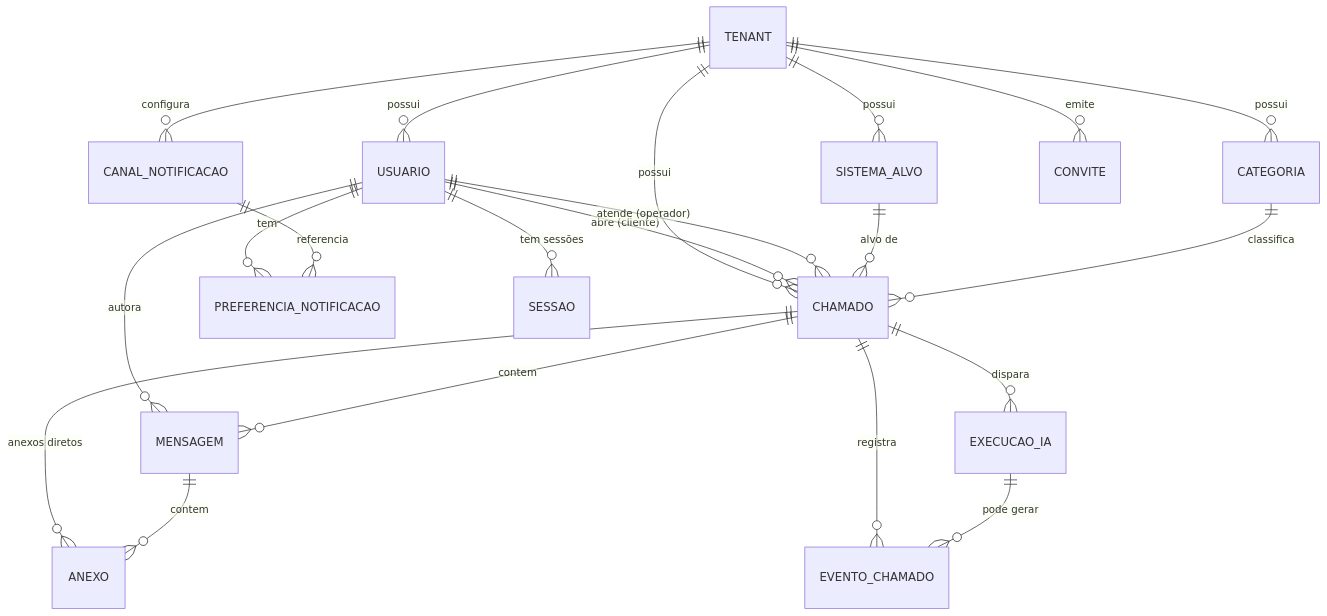
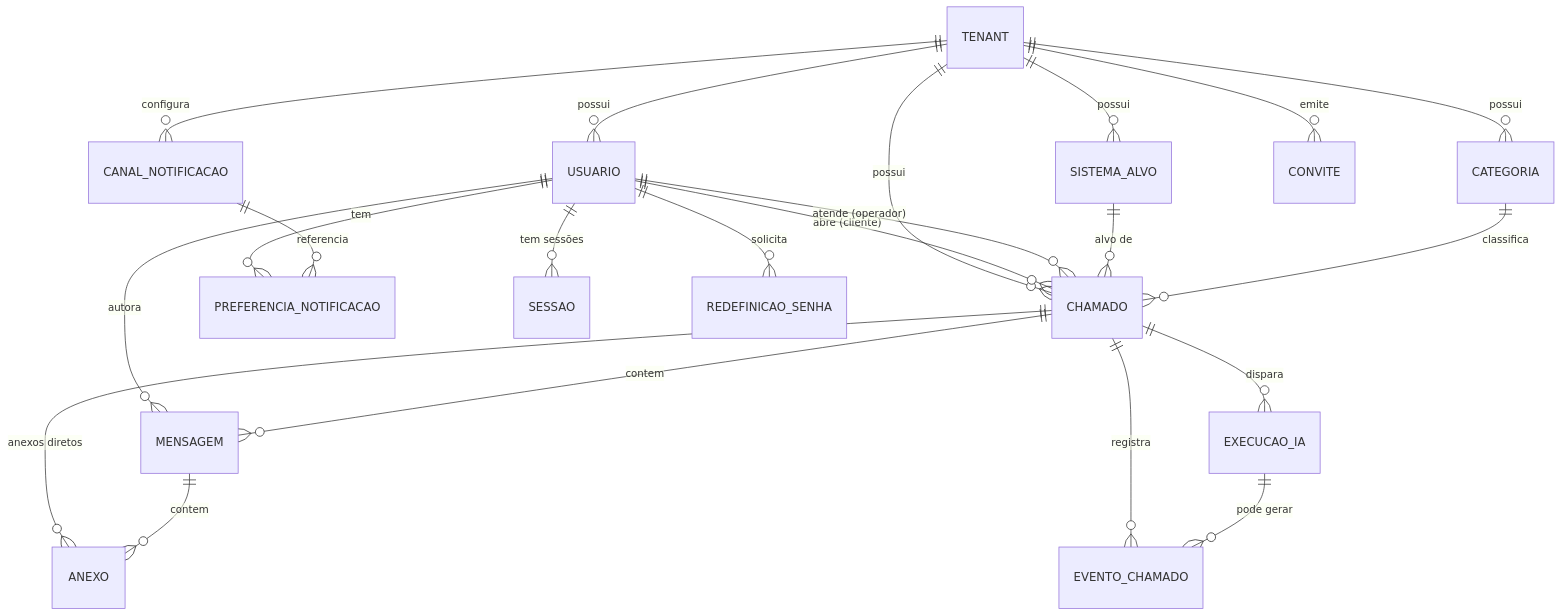
One commit to isaqueks/chamados changed the diagram in specs/02-modelo-de-dados.md. Above: the diagram before and after it, drawn with Mermaid. The commit also changed other lines of this file and 62 other files, not shown here.

````diff
--- a/specs/02-modelo-de-dados.md
+++ b/specs/02-modelo-de-dados.md
@@ -144,28 +144,29 @@
 ```mermaid
 erDiagram
     TENANT ||--o{ USUARIO : possui
     TENANT ||--o{ SISTEMA_ALVO : possui
     TENANT ||--o{ CATEGORIA : possui
     TENANT ||--o{ CHAMADO : possui
     TENANT ||--o{ CANAL_NOTIFICACAO : configura
     TENANT ||--o{ CONVITE : emite
 
     USUARIO ||--o{ CHAMADO : "abre (cliente)"
     USUARIO ||--o{ CHAMADO : "atende (operador)"
     USUARIO ||--o{ MENSAGEM : autora
     USUARIO ||--o{ PREFERENCIA_NOTIFICACAO : tem
     USUARIO ||--o{ SESSAO : "tem sessões"
+    USUARIO ||--o{ REDEFINICAO_SENHA : "solicita"
 
     SISTEMA_ALVO ||--o{ CHAMADO : "alvo de"
     CATEGORIA ||--o{ CHAMADO : classifica
 
     CHAMADO ||--o{ MENSAGEM : contem
     CHAMADO ||--o{ EVENTO_CHAMADO : registra
     CHAMADO ||--o{ EXECUCAO_IA : dispara
     CHAMADO ||--o{ ANEXO : "anexos diretos"
 
     MENSAGEM ||--o{ ANEXO : contem
 
     CANAL_NOTIFICACAO ||--o{ PREFERENCIA_NOTIFICACAO : referencia
     EXECUCAO_IA ||--o{ EVENTO_CHAMADO : "pode gerar"
 ```
````
